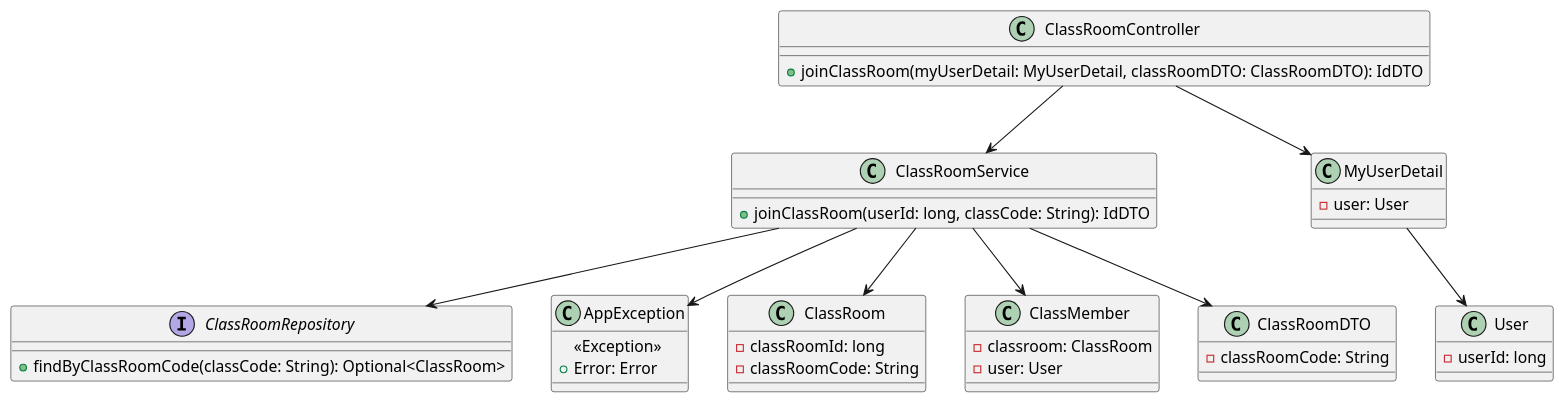
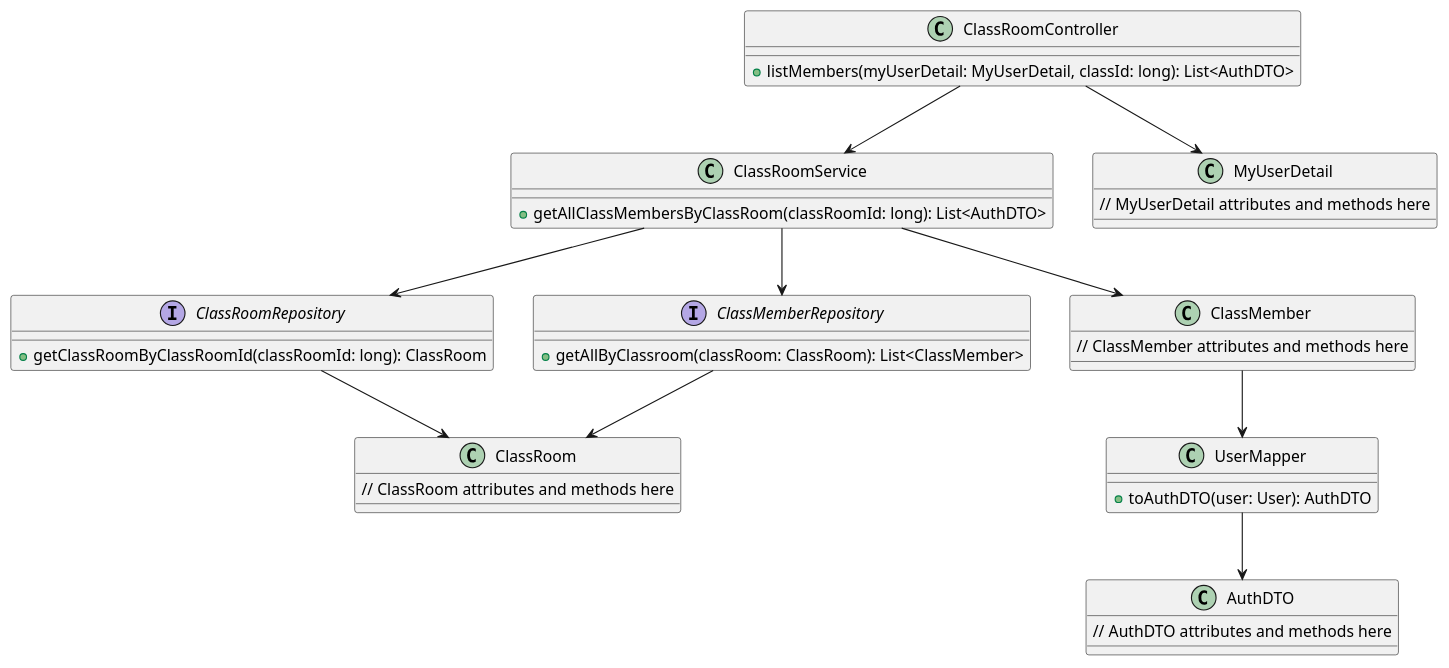
One commit to zzquocngaozz/JFlashcard changed the diagram in PackageDiagram.puml. Above: the diagram before and after it, drawn with PlantUML. The commit also changed 40 other files, not shown here.

```diff
--- a/PackageDiagram.puml
+++ b/PackageDiagram.puml
@@ -1,51 +1,49 @@
 @startuml
 
 class ClassRoomController {
-  + joinClassRoom(myUserDetail: MyUserDetail, classRoomDTO: ClassRoomDTO): IdDTO
+    + listMembers(myUserDetail: MyUserDetail, classId: long): List<AuthDTO>
 }
 
 class ClassRoomService {
-  + joinClassRoom(userId: long, classCode: String): IdDTO
+    + getAllClassMembersByClassRoom(classRoomId: long): List<AuthDTO>
 }
 
 interface ClassRoomRepository {
-  + findByClassRoomCode(classCode: String): Optional<ClassRoom>
+    + getClassRoomByClassRoomId(classRoomId: long): ClassRoom
 }
 
-class AppException {
-  <<Exception>>
-  + Error: Error
+interface ClassMemberRepository {
+    + getAllByClassroom(classRoom: ClassRoom): List<ClassMember>
 }
 
 class ClassRoom {
-  - classRoomId: long
-  - classRoomCode: String
+    // ClassRoom attributes and methods here
 }
 
 class ClassMember {
-  - classroom: ClassRoom
-  - user: User
+    // ClassMember attributes and methods here
 }
 
-class User {
-  - userId: long
+class MyUserDetail {
+    // MyUserDetail attributes and methods here
 }
 
-class ClassRoomDTO {
-  - classRoomCode: String
+class AuthDTO {
+    // AuthDTO attributes and methods here
 }
 
-
-class MyUserDetail {
-  - user: User
+class UserMapper {
+    + toAuthDTO(user: User): AuthDTO
 }
 
 ClassRoomController --> ClassRoomService
+ClassRoomController --> MyUserDetail
 ClassRoomService --> ClassRoomRepository
-ClassRoomService --> AppException
+ClassRoomService --> ClassMemberRepository
 ClassRoomService --> ClassMember
-ClassRoomService --> ClassRoomDTO
-ClassRoomService --> ClassRoom
-ClassRoomController --> MyUserDetail
-MyUserDetail --> User
+ClassRoomRepository --> ClassRoom
+ClassMemberRepository --> ClassRoom
+ClassMember --> UserMapper
+UserMapper--> AuthDTO
+
 @enduml
```
